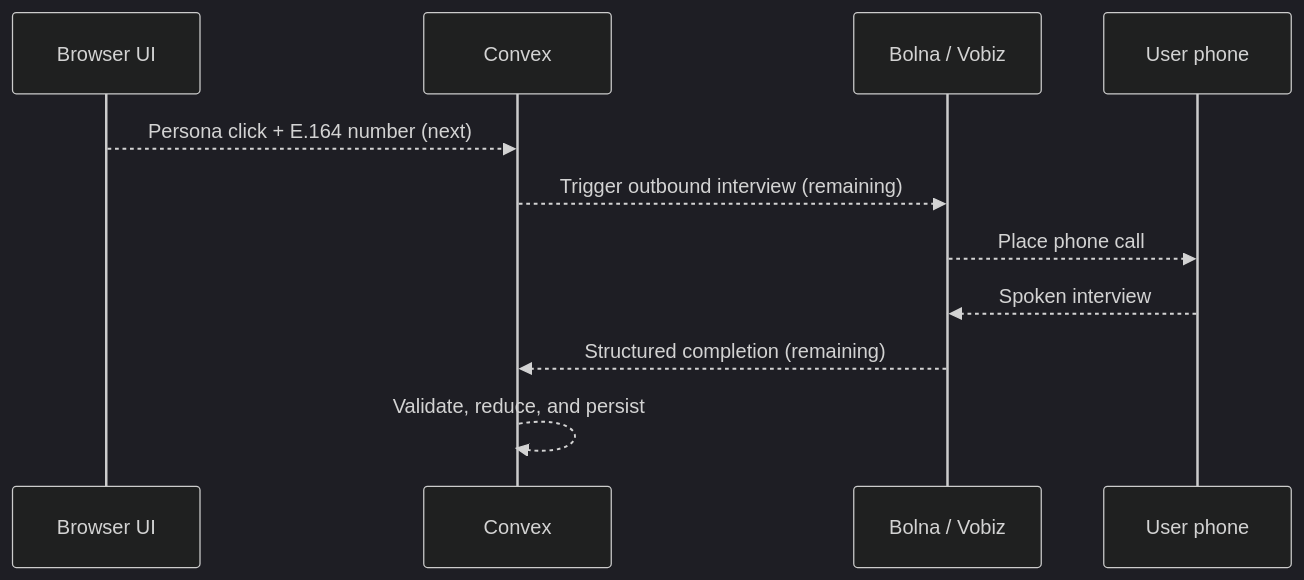
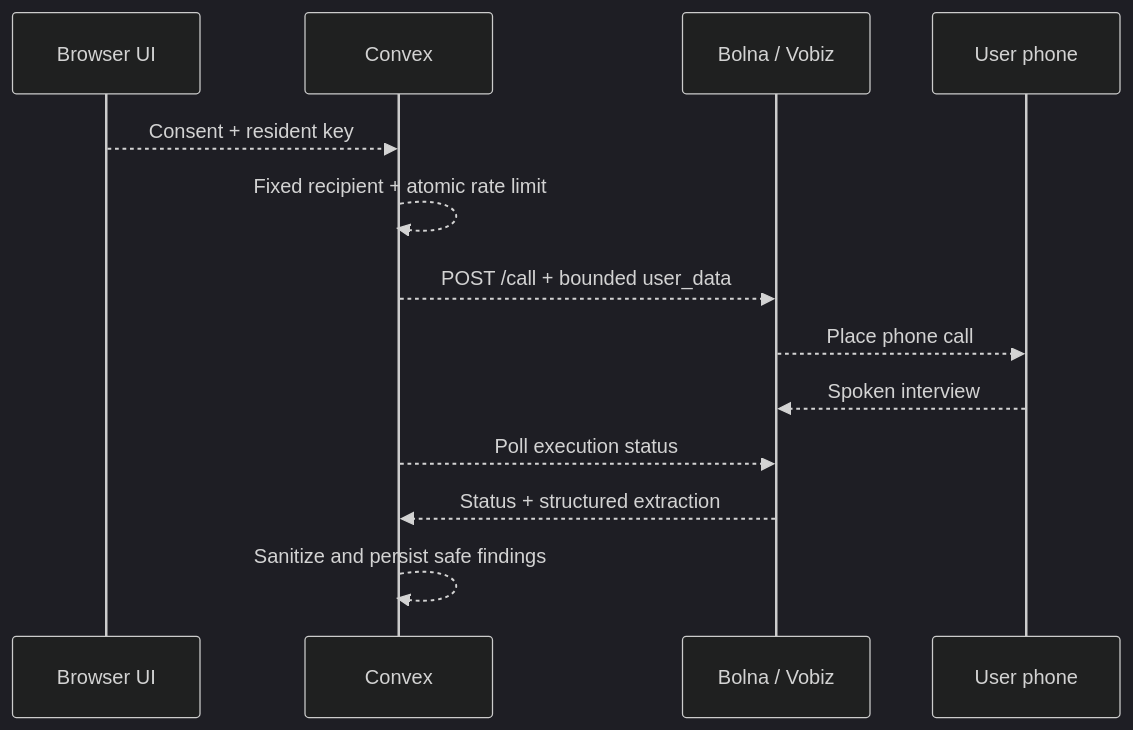
One commit to perfect7613/launchtown changed the second of 2 diagrams in README.md. Above: the diagram before and after it, drawn with Mermaid (dark theme). The commit also changed other lines of this file and 17 other files, not shown here.

Commit message:
feat: add secure outbound resident interviews

````diff
--- a/README.md
+++ b/README.md
@@ -141,13 +142,15 @@
 ```mermaid
 sequenceDiagram
     participant UI as Browser UI
     participant CX as Convex
     participant BV as Bolna / Vobiz
     participant P as User phone
-    UI-->>CX: Persona click + E.164 number (next)
-    CX-->>BV: Trigger outbound interview (remaining)
+    UI-->>CX: Consent + resident key
+    CX-->>CX: Fixed recipient + atomic rate limit
+    CX-->>BV: POST /call + bounded user_data
     BV-->>P: Place phone call
     P-->>BV: Spoken interview
-    BV-->>CX: Structured completion (remaining)
-    CX-->>CX: Validate, reduce, and persist
+    CX-->>BV: Poll execution status
+    BV-->>CX: Status + structured extraction
+    CX-->>CX: Sanitize and persist safe findings
 ```
````
